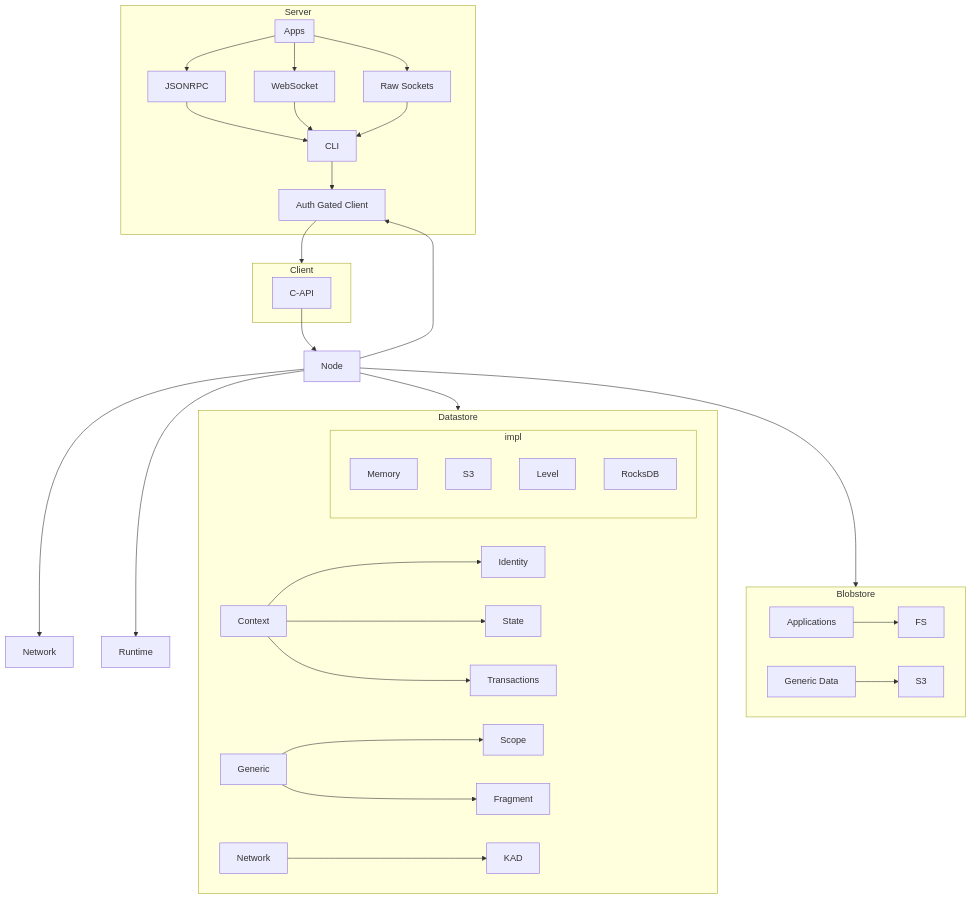
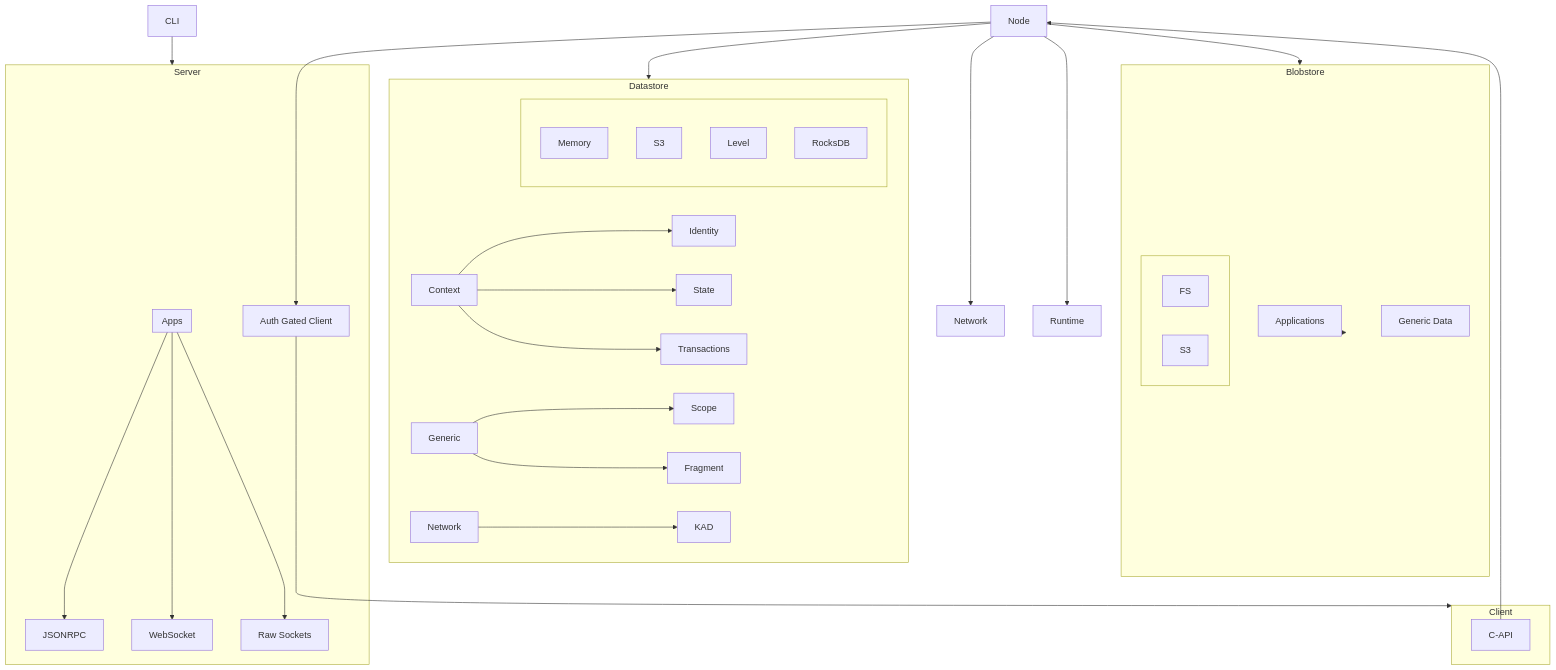
One commit to calimero-network/core changed the diagram in README.mdx. Above: the diagram before and after it, drawn with Mermaid.

Commit message:
fix: unrelated groups

````diff
--- a/README.mdx
+++ b/README.mdx
@@ -76,62 +76,62 @@
 ```mermaid
 graph TD
+
+    S2[CLI]
+
     subgraph Datastore
         DS1[Context]
         DS2[Generic]
         DS3[Network]
         DS1 --> DS4[Identity]
         DS1 --> DS5[State]
         DS1 --> DS6[Transactions]
         DS2 --> DS7[Scope]
         DS2 --> DS8[Fragment]
         DS3 --> DS9[KAD]
 
-        subgraph impl
+        subgraph \n\n
           DI1[Memory]
           DI2[S3]
           DI3[Level]
           DI4[RocksDB]
         end
     end
 
     subgraph Blobstore
-        BS1[FS]
-        BS2[S3]
         BS3[Applications]
         BS4[Generic Data]
-        BS3 --> BS1
-        BS4 --> BS2
+        subgraph \n
+          BS1[FS]
+          BS2[S3]
+       end
     end
+    Blobstore --> BS3
 
     Node --> Network
 
     subgraph Client
         C1[C-API]
     end
 
     subgraph Server
         S1[Auth Gated Client]
-        S2[CLI]
         S3[JSONRPC]
         S4[WebSocket]
         S5[Raw Sockets]
-        S2 --> S1
-        S3 --> S2
-        S4 --> S2
-        S5 --> S2
+
         Apps --> S3
         Apps --> S4
         Apps --> S5
     end
-
+    S2 --> Server
     S1 --> Client
     Node --> Runtime[Runtime]
     Node --> Datastore
     Node --> Blobstore
     C1 --> Node
     Node --> S1
 
     subgraph Apps
     end
 
 ```
````
